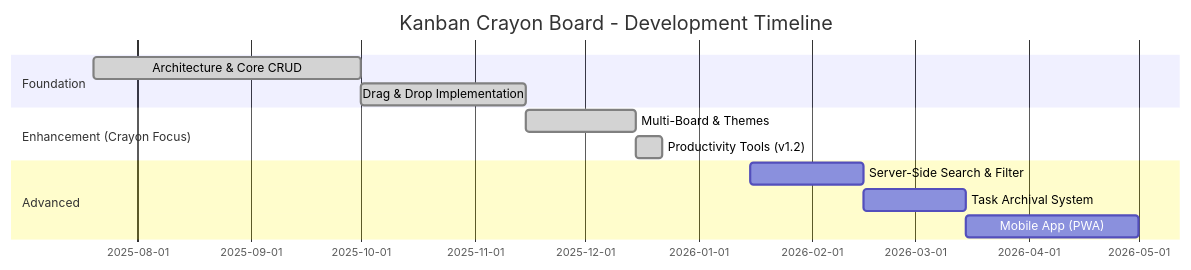
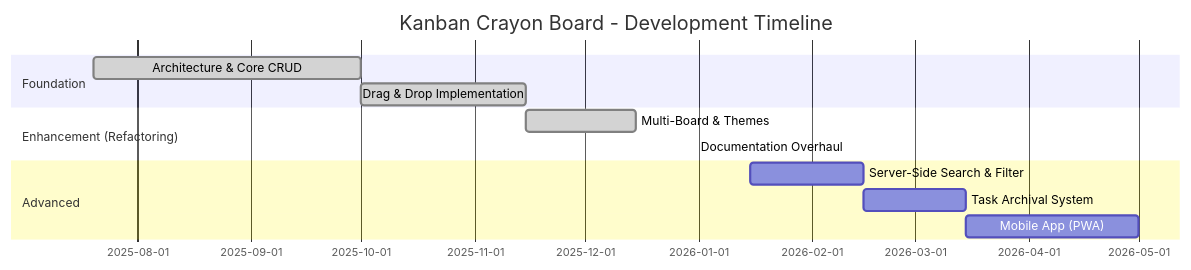
The diagram in docs/ROADMAP.md (tarakreasi/kanban-crayon-board), drawn with Mermaid before and after one commit. The commit also changed other lines of this file and 16 other files, not shown here.

First line of the commit message:
docs: Complete documentation refactoring with master prompt system

````diff
--- a/docs/ROADMAP.md
+++ b/docs/ROADMAP.md
@@ -15,17 +15,17 @@
 ```mermaid
 gantt
     title Kanban Crayon Board - Development Timeline
     dateFormat YYYY-MM-DD
     section Foundation
     Architecture & Core CRUD    :done, 2025-07-20, 2025-10-01
     Drag & Drop Implementation :done, 2025-10-01, 2025-11-15
-    
-    section Enhancement (Crayon Focus)
+
+    section Enhancement (Refactoring)
     Multi-Board & Themes       :done, 2025-11-15, 2025-12-15
-    Productivity Tools (v1.2)  :done, 2025-12-15, 2025-12-22
-    
+    Documentation Overhaul     :done, 2025-12-31, 2025-12-31
+
     section Advanced
     Server-Side Search & Filter: 2026-01-15, 2026-02-15
     Task Archival System       : 2026-02-15, 2026-03-15
     Mobile App (PWA)           : 2026-03-15, 2026-05-01
 ```
````
